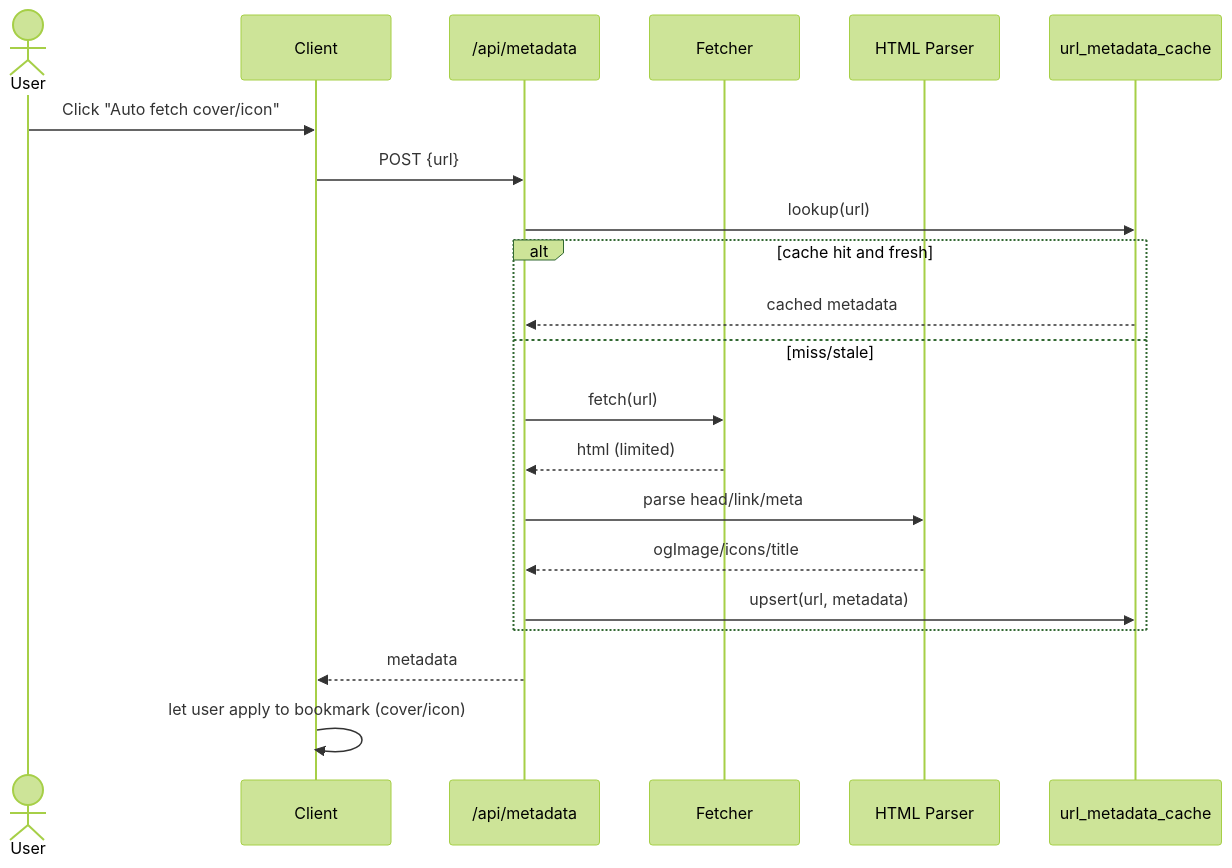
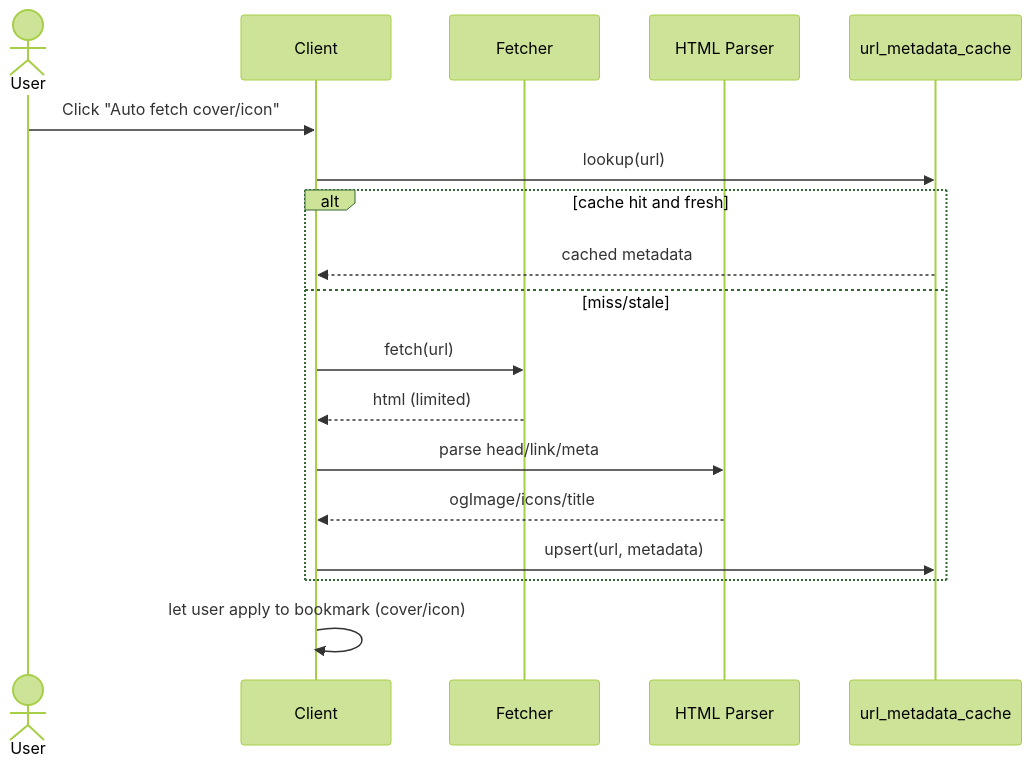
The third of 3 diagrams in spec/02-design.md (HevSpecu/BookmarkHarbor), drawn with Mermaid (forest theme) before and after one commit. The commit also changed other lines of this file and 3 other files, not shown here.

````diff
--- a/spec/02-design.md
+++ b/spec/02-design.md
@@ -417,24 +380,21 @@
 ```mermaid
 sequenceDiagram
   actor U as User
   participant C as Client
-  participant API as /api/metadata
   participant W as Fetcher
   participant H as HTML Parser
   participant Cache as url_metadata_cache
 
   U->>C: Click "Auto fetch cover/icon"
-  C->>API: POST {url}
-  API->>Cache: lookup(url)
+  C->>Cache: lookup(url)
   alt cache hit and fresh
-    Cache-->>API: cached metadata
+    Cache-->>C: cached metadata
   else miss/stale
-    API->>W: fetch(url)
-    W-->>API: html (limited)
-    API->>H: parse head/link/meta
-    H-->>API: ogImage/icons/title
-    API->>Cache: upsert(url, metadata)
+    C->>W: fetch(url)
+    W-->>C: html (limited)
+    C->>H: parse head/link/meta
+    H-->>C: ogImage/icons/title
+    C->>Cache: upsert(url, metadata)
   end
-  API-->>C: metadata
   C->>C: let user apply to bookmark (cover/icon)
 ```
````
